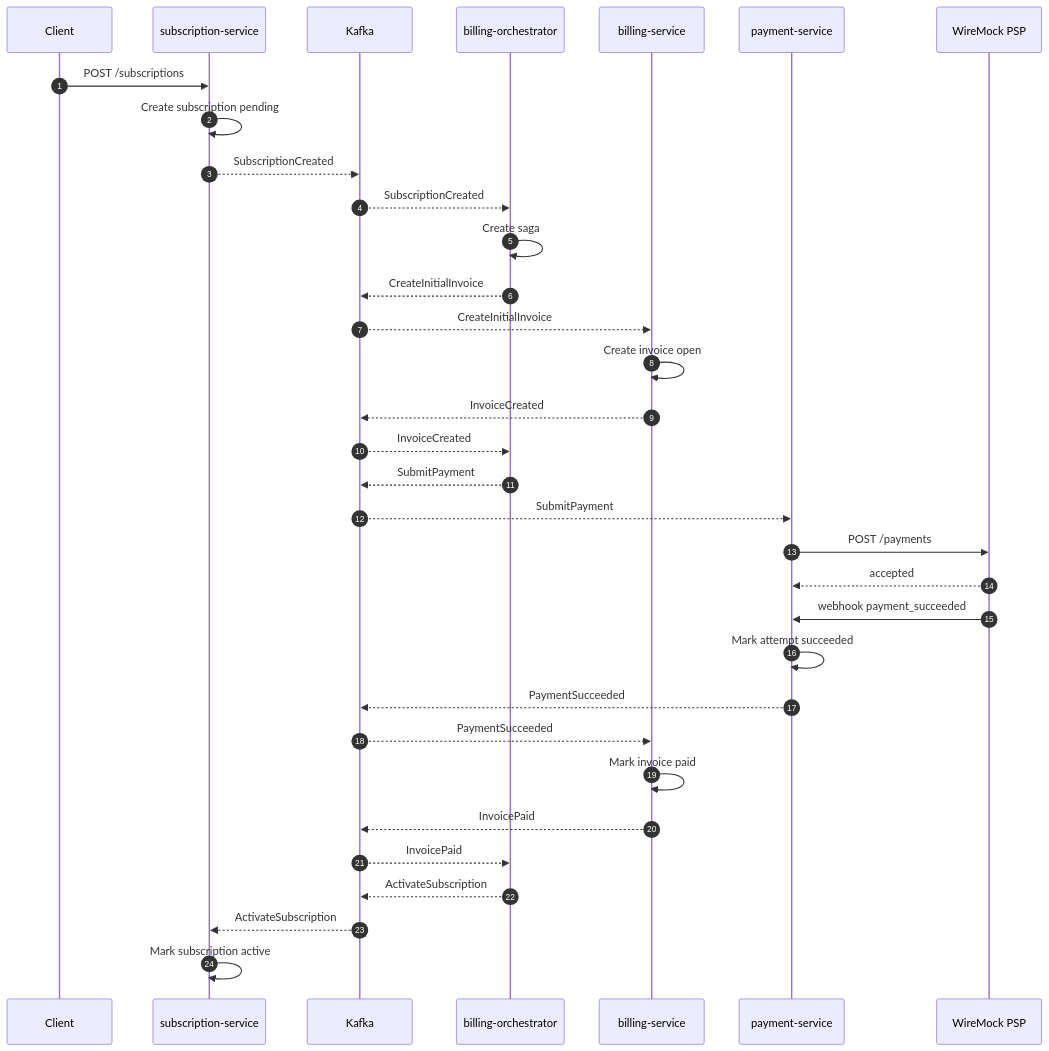
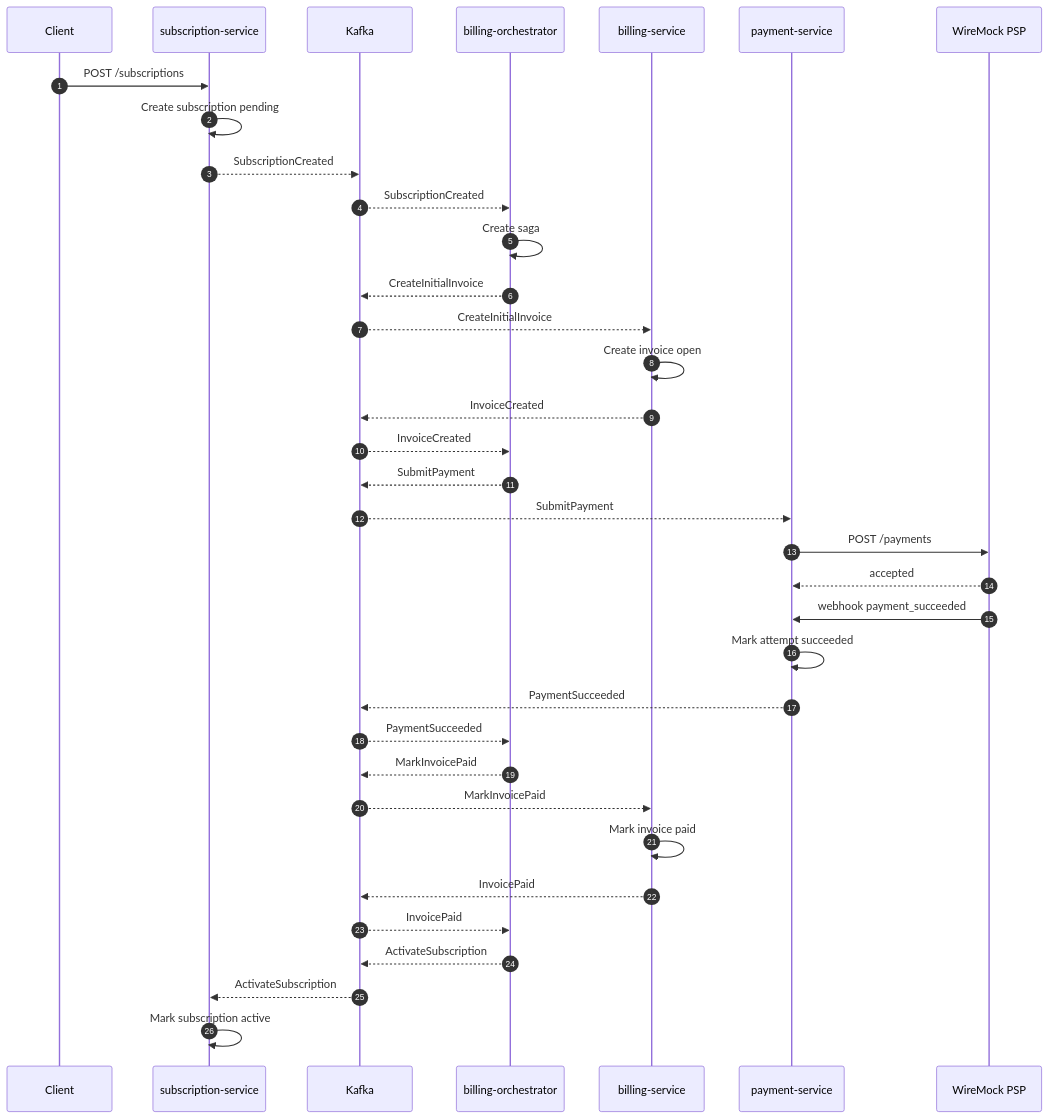
Before and after one commit to Ichiteru/distributed-system-solutions: the second of 3 diagrams in saas-billing-system/docs/architecture.md, drawn with Mermaid. The commit also changed other lines of this file and 10 other files, not shown here.

````diff
--- a/saas-billing-system/docs/architecture.md
+++ b/saas-billing-system/docs/architecture.md
@@ -225,36 +227,38 @@
 ```mermaid
 sequenceDiagram
     autonumber
     participant C as Client
     participant S as subscription-service
     participant K as Kafka
     participant O as billing-orchestrator
     participant B as billing-service
     participant P as payment-service
     participant W as WireMock PSP
 
     C->>S: POST /subscriptions
     S->>S: Create subscription pending
     S-->>K: SubscriptionCreated
     K-->>O: SubscriptionCreated
     O->>O: Create saga
     O-->>K: CreateInitialInvoice
     K-->>B: CreateInitialInvoice
     B->>B: Create invoice open
     B-->>K: InvoiceCreated
     K-->>O: InvoiceCreated
     O-->>K: SubmitPayment
     K-->>P: SubmitPayment
     P->>W: POST /payments
     W-->>P: accepted
     W->>P: webhook payment_succeeded
     P->>P: Mark attempt succeeded
     P-->>K: PaymentSucceeded
-    K-->>B: PaymentSucceeded
+    K-->>O: PaymentSucceeded
+    O-->>K: MarkInvoicePaid
+    K-->>B: MarkInvoicePaid
     B->>B: Mark invoice paid
     B-->>K: InvoicePaid
     K-->>O: InvoicePaid
     O-->>K: ActivateSubscription
     K-->>S: ActivateSubscription
     S->>S: Mark subscription active
 ```
````
